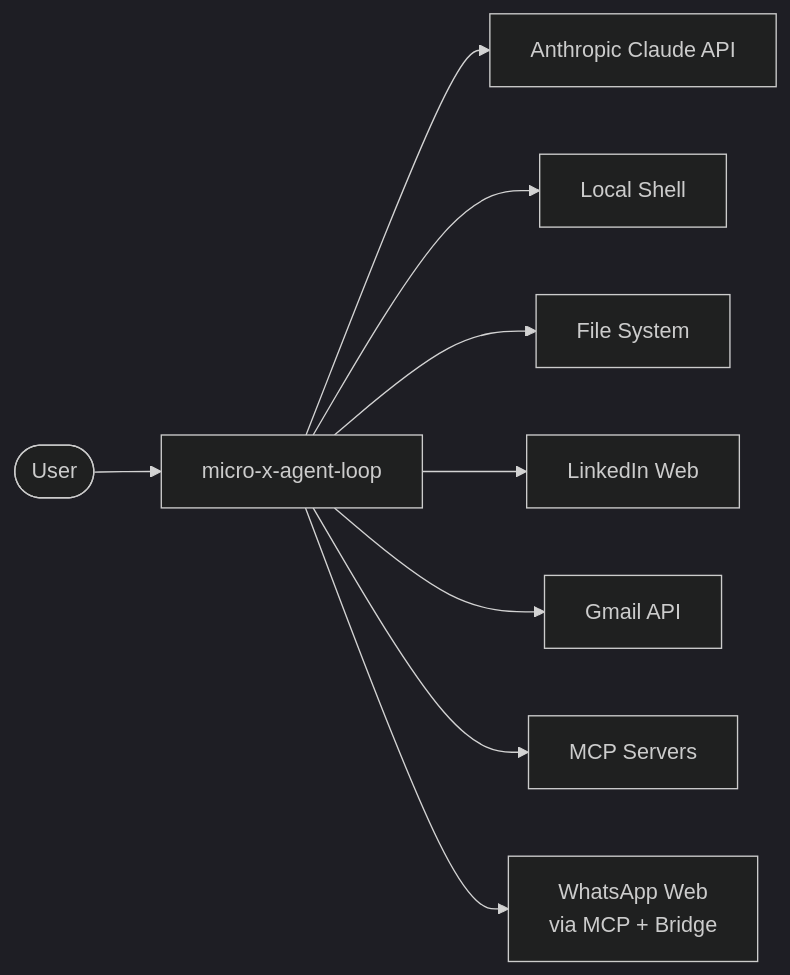
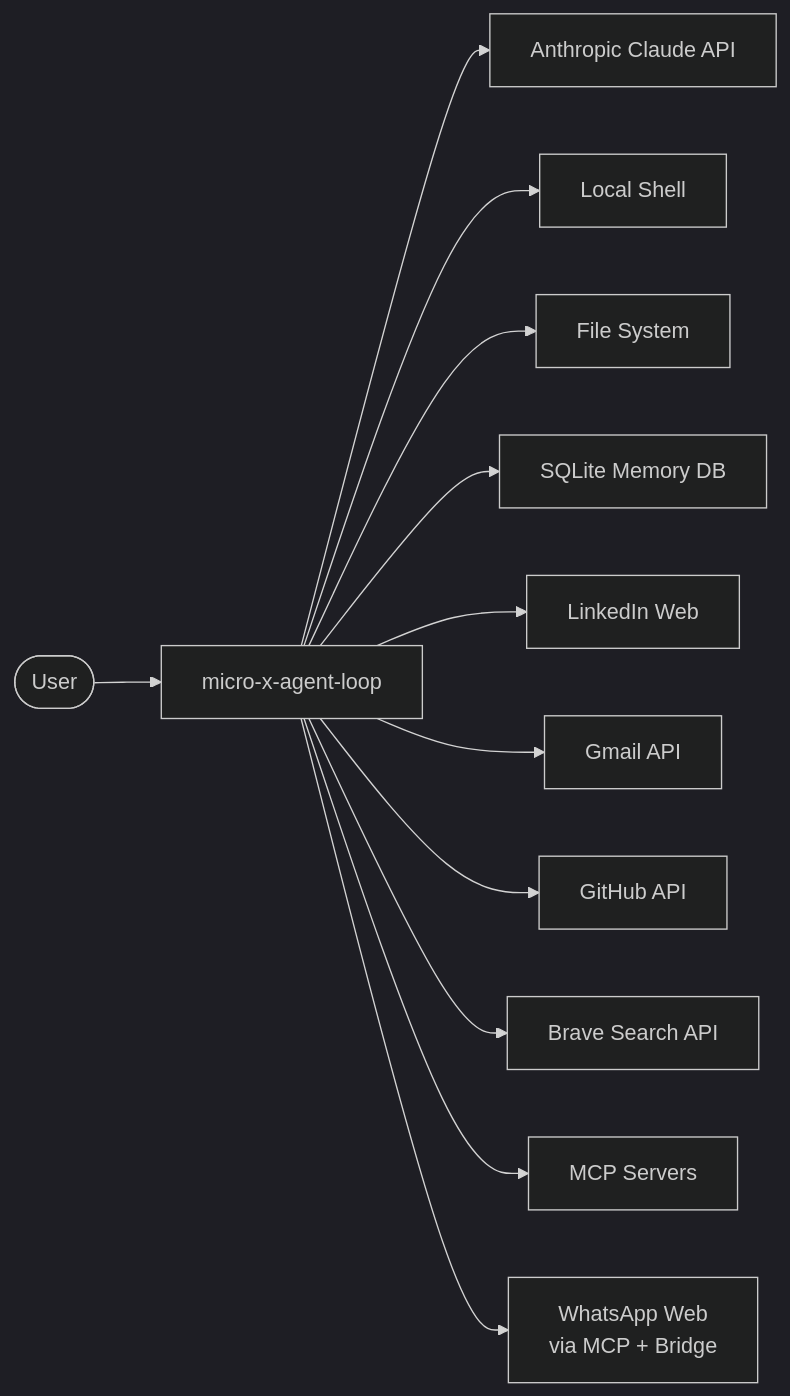
The first of 3 diagrams in documentation/docs/architecture/SAD.md (StephenDenisEdwards/micro-x-agent-loop-python), drawn with Mermaid (dark theme) before and after one commit. The commit also changed other lines of this file and 2 other files, not shown here.

First line of the commit message:
docs: add memory system design doc, update tool system and SAD for current architecture

````diff
--- a/documentation/docs/architecture/SAD.md
+++ b/documentation/docs/architecture/SAD.md
@@ -38,11 +39,14 @@
 ```mermaid
 graph LR
     User([User]) --> Agent[micro-x-agent-loop]
     Agent --> Claude[Anthropic Claude API]
     Agent --> Shell[Local Shell]
     Agent --> FS[File System]
+    Agent --> SQLite[SQLite Memory DB]
     Agent --> LinkedIn[LinkedIn Web]
     Agent --> Gmail[Gmail API]
+    Agent --> GitHub[GitHub API]
+    Agent --> BraveSearch[Brave Search API]
     Agent --> MCP[MCP Servers]
     Agent --> WhatsApp[WhatsApp Web<br/>via MCP + Bridge]
 ```
````
